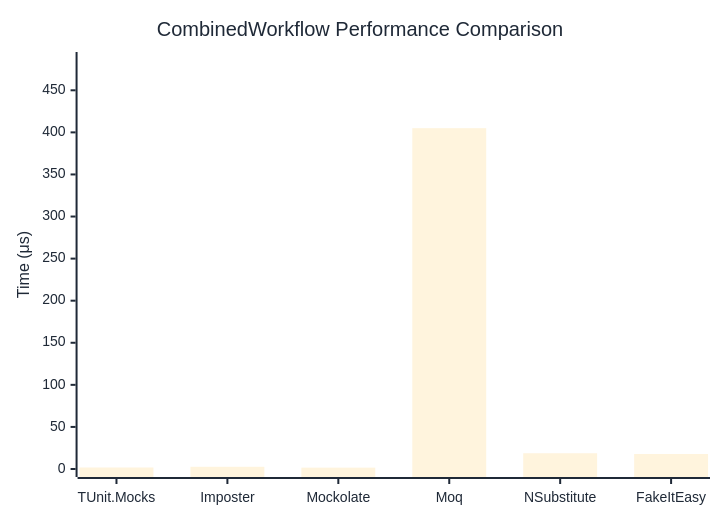
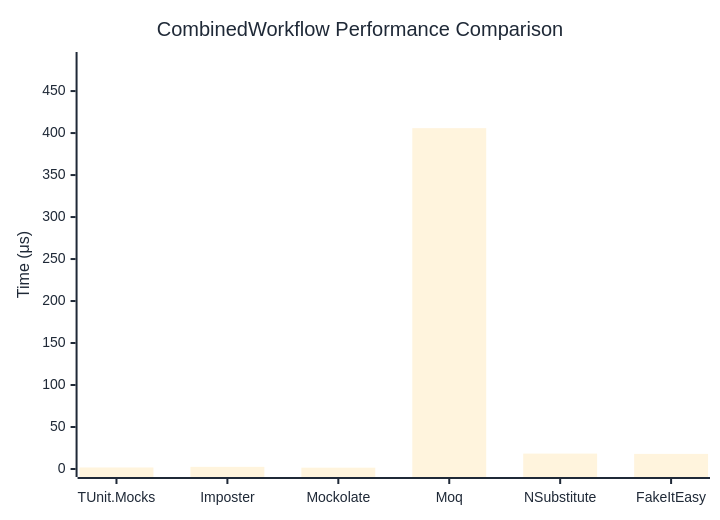
One commit to thomhurst/TUnit changed the diagram in docs/docs/benchmarks/mocks/CombinedWorkflow.md. Above: the diagram before and after it, drawn with Mermaid. The commit also changed other lines of this file and 14 other files, not shown here.

````diff
--- a/docs/docs/benchmarks/mocks/CombinedWorkflow.md
+++ b/docs/docs/benchmarks/mocks/CombinedWorkflow.md
@@ -30,27 +30,27 @@
 ```mermaid
 %%{init: {
   'theme':'base',
   'themeVariables': {
     'primaryColor': '#2563eb',
     'primaryTextColor': '#1f2937',
     'primaryBorderColor': '#1e40af',
     'lineColor': '#6b7280',
     'secondaryColor': '#7c3aed',
     'tertiaryColor': '#dc2626',
     'background': '#ffffff',
     'pie1': '#2563eb',
     'pie2': '#7c3aed',
     'pie3': '#dc2626',
     'pie4': '#f59e0b',
     'pie5': '#10b981',
     'pie6': '#06b6d4',
     'pie7': '#ec4899',
     'pie8': '#6366f1'
   }
 }}%%
 xychart-beta
   title "CombinedWorkflow Performance Comparison"
   x-axis ["TUnit.Mocks", "Imposter", "Mockolate", "Moq", "NSubstitute", "FakeItEasy"]
-  y-axis "Time (μs)" 0 --> 486
-  bar [1.794, 2.624, 1.608, 404.994, 18.736, 17.817]
+  y-axis "Time (μs)" 0 --> 487
+  bar [1.804, 2.547, 1.577, 405.83, 18.334, 17.983]
 ```
````
